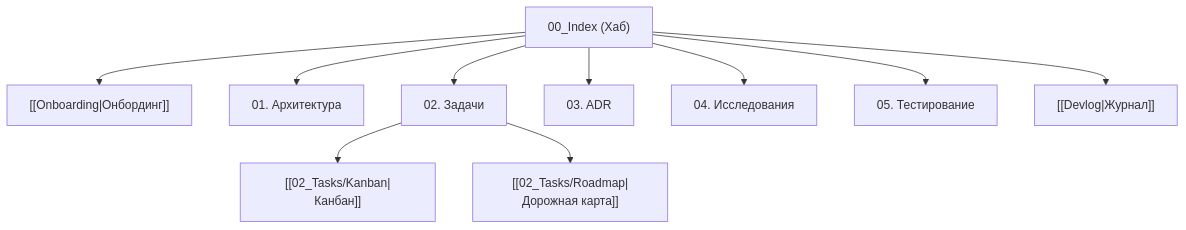
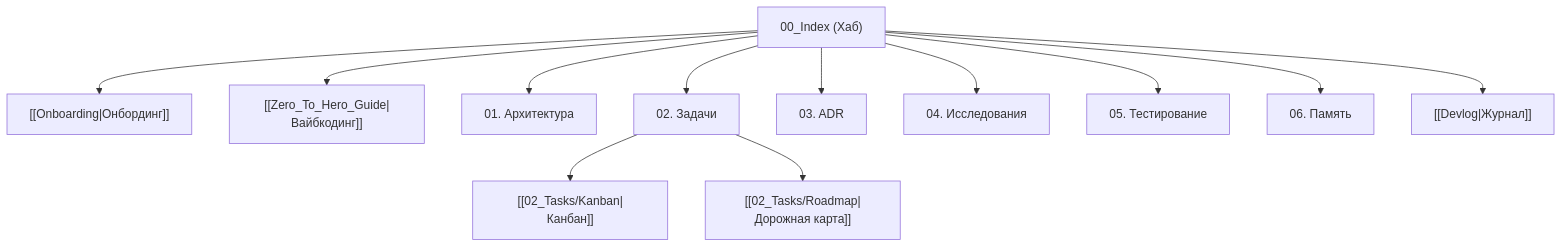
Before and after one commit to koudinie101-png/agent-docs-harness: the diagram in templates/TEMPLATE_INDEX.md, drawn with Mermaid. The commit also changed other lines of this file and 23 other files, not shown here.

````diff
--- a/templates/TEMPLATE_INDEX.md
+++ b/templates/TEMPLATE_INDEX.md
@@ -21,13 +21,15 @@
 ```mermaid
 flowchart TD
     Index["00_Index (Хаб)"] --> Onboarding["[[Onboarding|Онбординг]]"]
+    Index --> Zero["[[Zero_To_Hero_Guide|Вайбкодинг]]"]
     Index --> Arch["01. Архитектура"]
     Index --> Tasks["02. Задачи"]
     Index --> ADR["03. ADR"]
     Index --> Research["04. Исследования"]
     Index --> Testing["05. Тестирование"]
+    Index --> Memory["06. Память"]
     Index --> Devlog["[[Devlog|Журнал]]"]
 
     Tasks --> Kanban["[[02_Tasks/Kanban|Канбан]]"]
     Tasks --> Roadmap["[[02_Tasks/Roadmap|Дорожная карта]]"]
 ```
````
